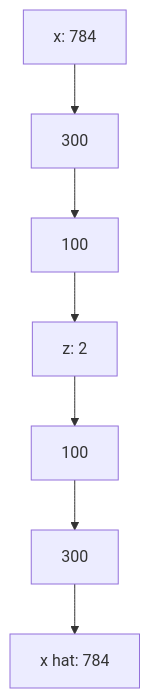
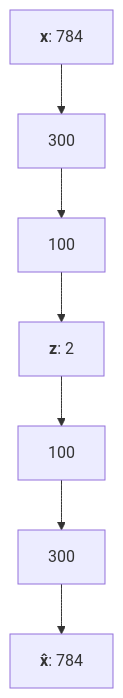
One commit to lubdhak7414/lubdhak7414.github.io changed the diagram in src/content/post/cse425-final-autoencoders/index.md. Above: the diagram before and after it, drawn with Mermaid. The commit also changed other lines of this file and 174 other files, not shown here.

First line of the commit message:
CSE 425 course hub, series polish, math and figure fixes, site-wide polish pass

````diff
--- a/src/content/post/cse425-final-autoencoders/index.md
+++ b/src/content/post/cse425-final-autoencoders/index.md
@@ -56,9 +56,9 @@
 ```mermaid
 flowchart TD
-  A["x: 784"] --> B["300"]
+  A["<b>x</b>: 784"] --> B["300"]
   B --> C["100"]
-  C --> D["z: 2"]
+  C --> D["<b>z</b>: 2"]
   D --> E["100"]
   E --> F["300"]
-  F --> G["x hat: 784"]
+  F --> G["<b>x̂</b>: 784"]
 ```
````
